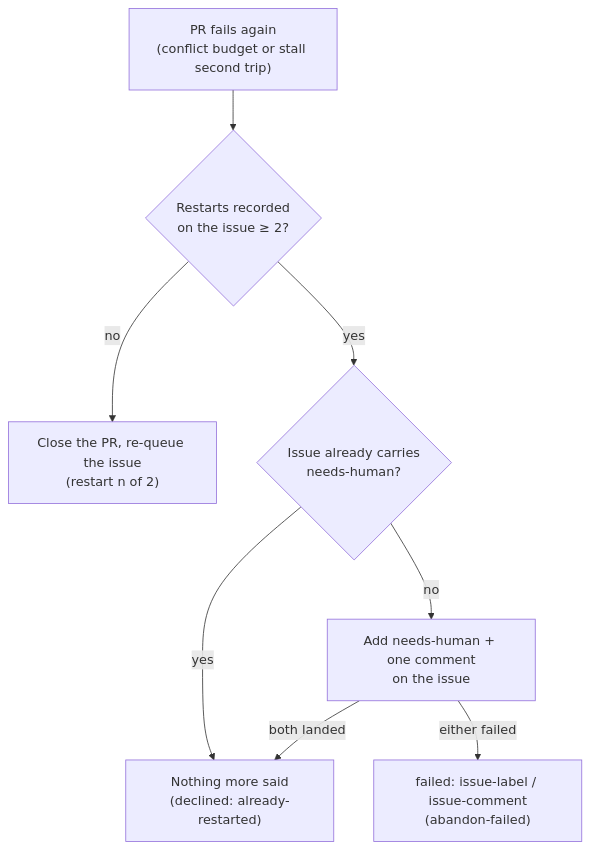
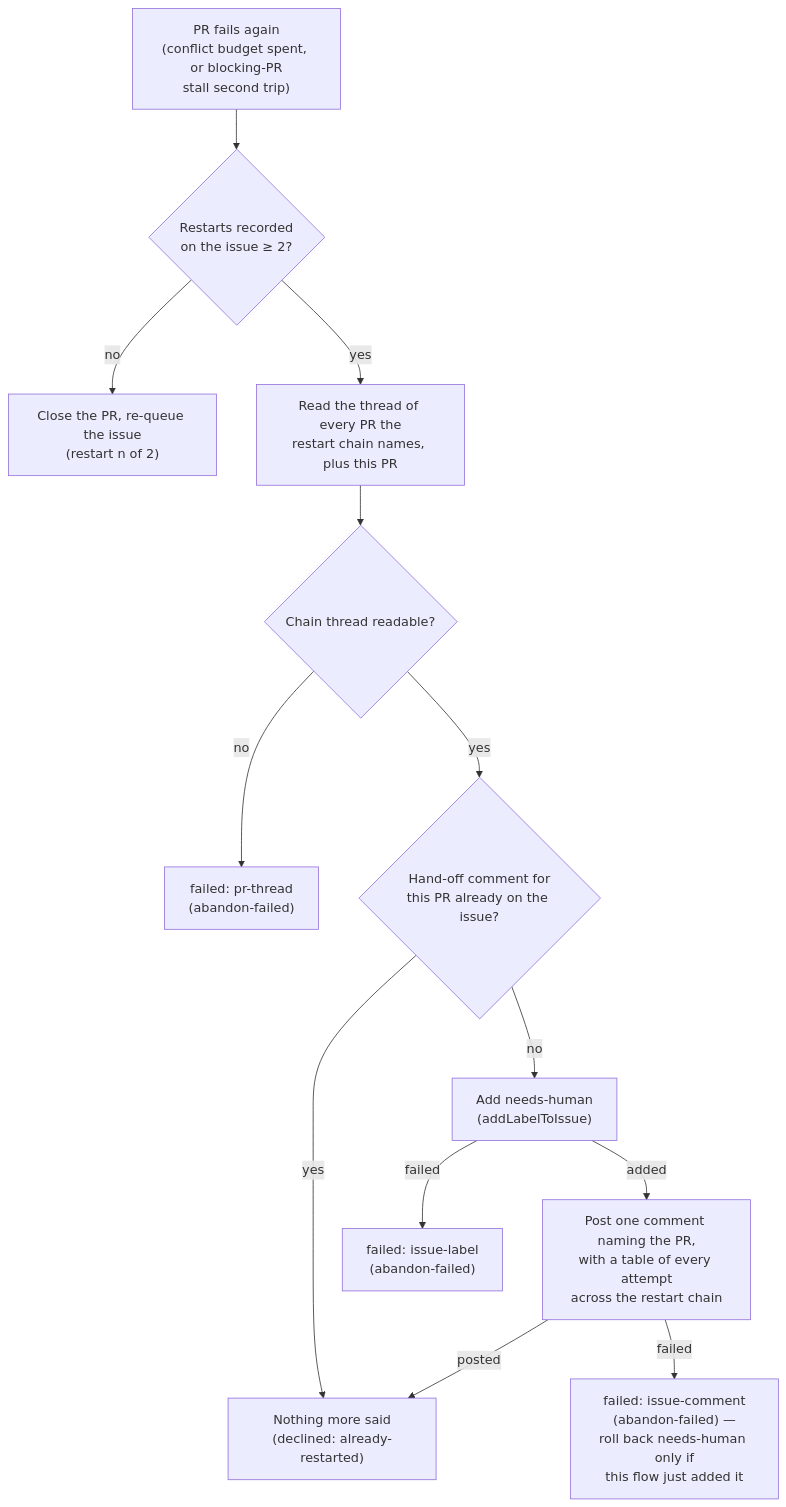
The sixth of 9 diagrams in docs/workflows/merge-conflicts.md (stSoftwareAU/VibeCoder), drawn with Mermaid before and after one commit. The commit also changed other lines of this file and 55 other files, not shown here.

````diff
--- a/docs/workflows/merge-conflicts.md
+++ b/docs/workflows/merge-conflicts.md
@@ -570,10 +757,15 @@
   ```mermaid
   flowchart TD
-      A["PR fails again<br/>(conflict budget or stall second trip)"] --> B{"Restarts recorded<br/>on the issue ≥ 2?"}
+      A["PR fails again<br/>(conflict budget spent, or blocking-PR<br/>stall second trip)"] --> B{"Restarts recorded<br/>on the issue ≥ 2?"}
       B -- no --> C["Close the PR, re-queue the issue<br/>(restart n of 2)"]
-      B -- yes --> D{"Issue already carries<br/>needs-human?"}
-      D -- yes --> E["Nothing more said<br/>(declined: already-restarted)"]
-      D -- no --> F["Add needs-human + one comment<br/>on the issue"]
-      F -- both landed --> E
-      F -- either failed --> G["failed: issue-label / issue-comment<br/>(abandon-failed)"]
+      B -- yes --> D["Read the thread of every PR the<br/>restart chain names, plus this PR"]
+      D --> E{"Chain thread readable?"}
+      E -- no --> F["failed: pr-thread<br/>(abandon-failed)"]
+      E -- yes --> G{"Hand-off comment for<br/>this PR already on the issue?"}
+      G -- yes --> H["Nothing more said<br/>(declined: already-restarted)"]
+      G -- no --> I["Add needs-human<br/>(addLabelToIssue)"]
+      I -- failed --> J["failed: issue-label<br/>(abandon-failed)"]
+      I -- added --> K["Post one comment naming the PR,<br/>with a table of every attempt<br/>across the restart chain"]
+      K -- posted --> H
+      K -- failed --> L["failed: issue-comment<br/>(abandon-failed) —<br/>roll back needs-human only if<br/>this flow just added it"]
   ```
````
